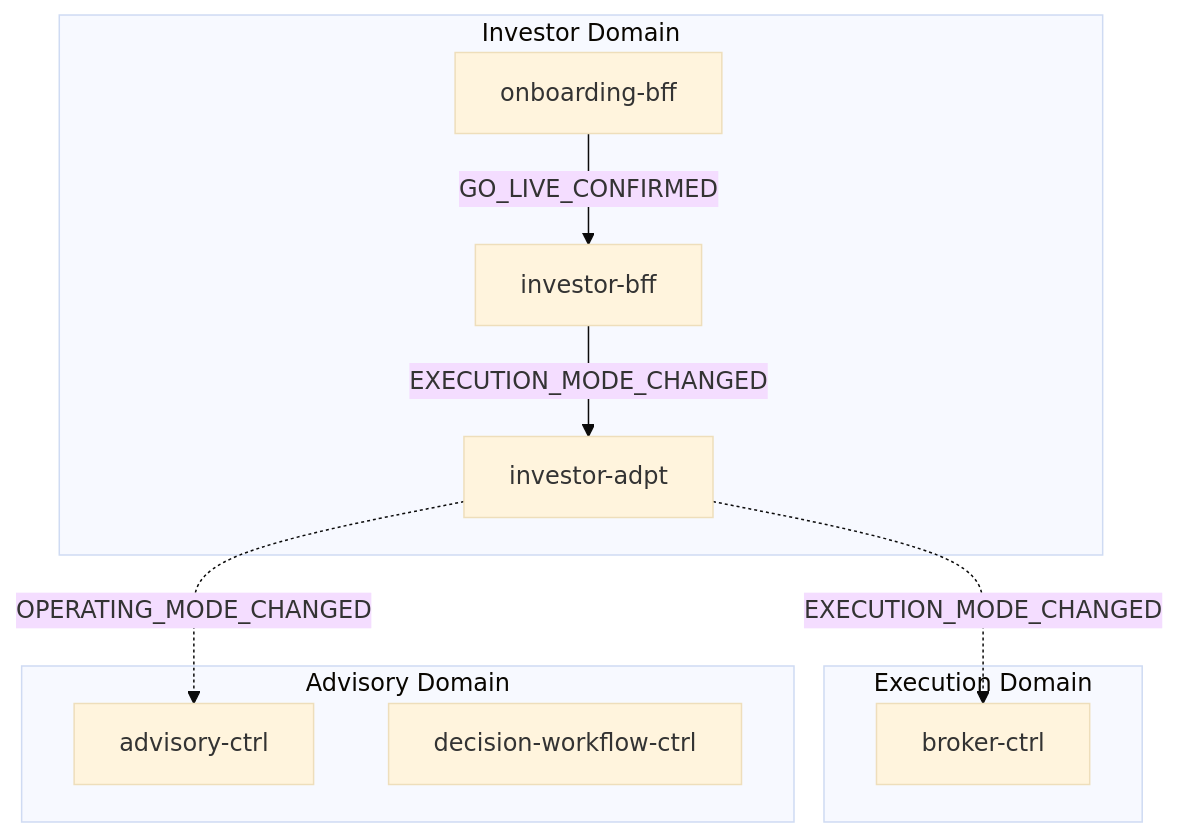
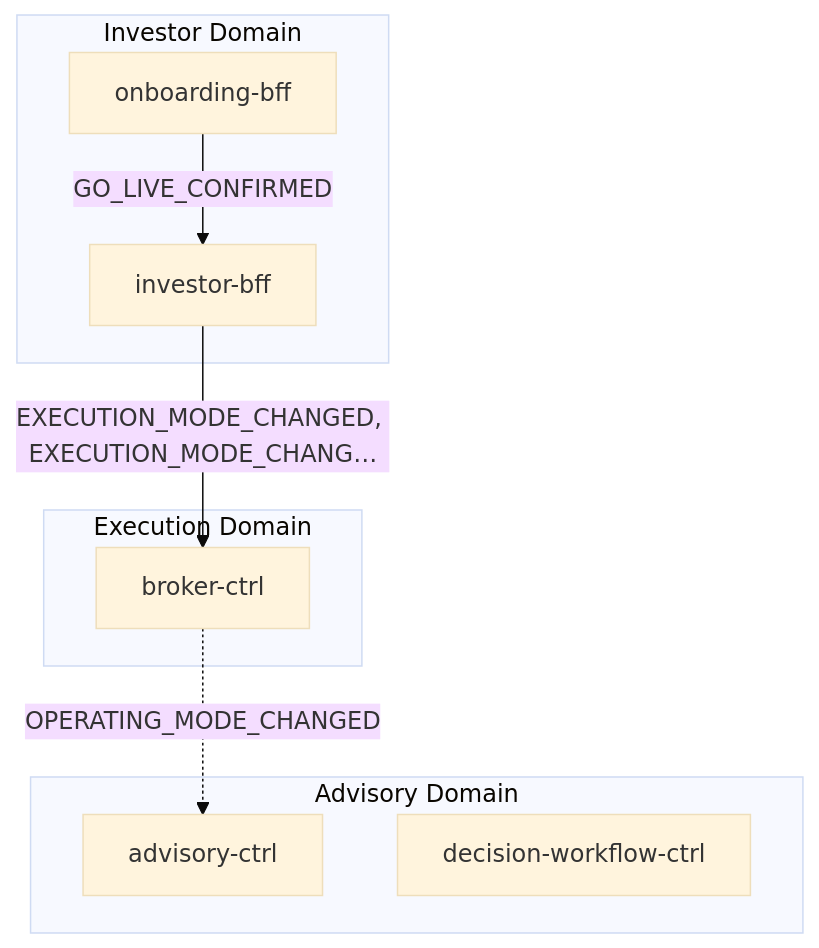
Before and after one commit to fabio-vitali/nestfolio: the first of 2 diagrams in docs/data-flows/go-live.md, drawn with Mermaid (base theme). The commit also changed other lines of this file and 19 other files, not shown here.

First line of the commit message:
docs(flows): update flow specs and schema for pull model adapter routing

````diff
--- a/docs/data-flows/go-live.md
+++ b/docs/data-flows/go-live.md
@@ -11,19 +11,17 @@
 ```mermaid
 flowchart TD
     subgraph investor["Investor Domain"]
         onboarding_bff["onboarding-bff"]
         investor_bff["investor-bff"]
-        investor_adpt["investor-adpt"]
     end
     subgraph execution["Execution Domain"]
         broker_ctrl["broker-ctrl"]
     end
     subgraph advisory["Advisory Domain"]
         advisory_ctrl["advisory-ctrl"]
         decision_workflow_ctrl["decision-workflow-ctrl"]
     end
     onboarding_bff -->|"GO_LIVE_CONFIRMED"| investor_bff
-    investor_bff -->|"EXECUTION_MODE_CHANGED"| investor_adpt
-    investor_adpt -.->|"EXECUTION_MODE_CHANGED"| broker_ctrl
-    investor_adpt -.->|"OPERATING_MODE_CHANGED"| advisory_ctrl
+    investor_bff -->|"EXECUTION_MODE_CHANGED, EXECUTION_MODE_CHANG…"| broker_ctrl
+    broker_ctrl -.->|"OPERATING_MODE_CHANGED"| advisory_ctrl
 ```
````
